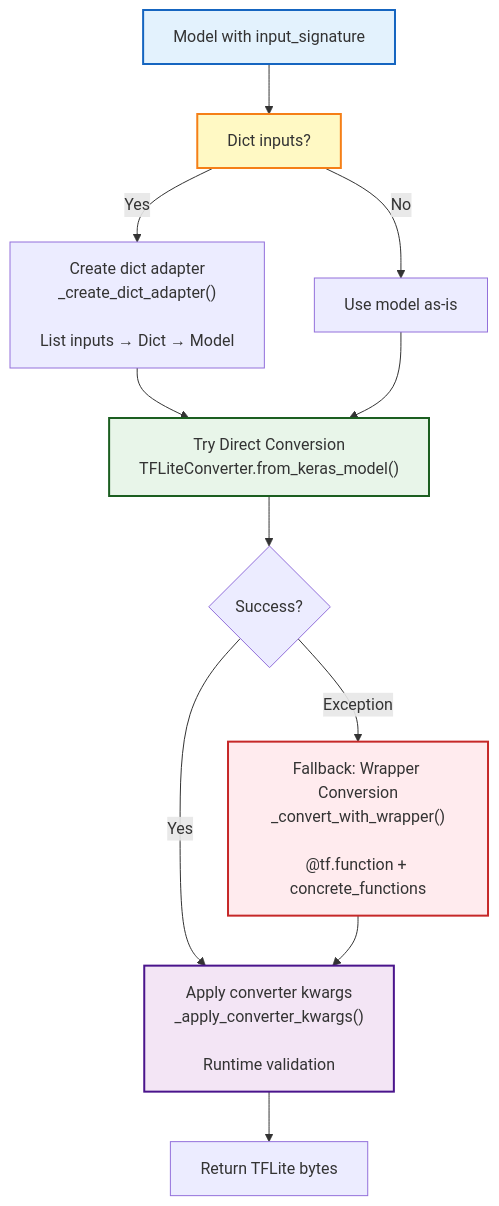
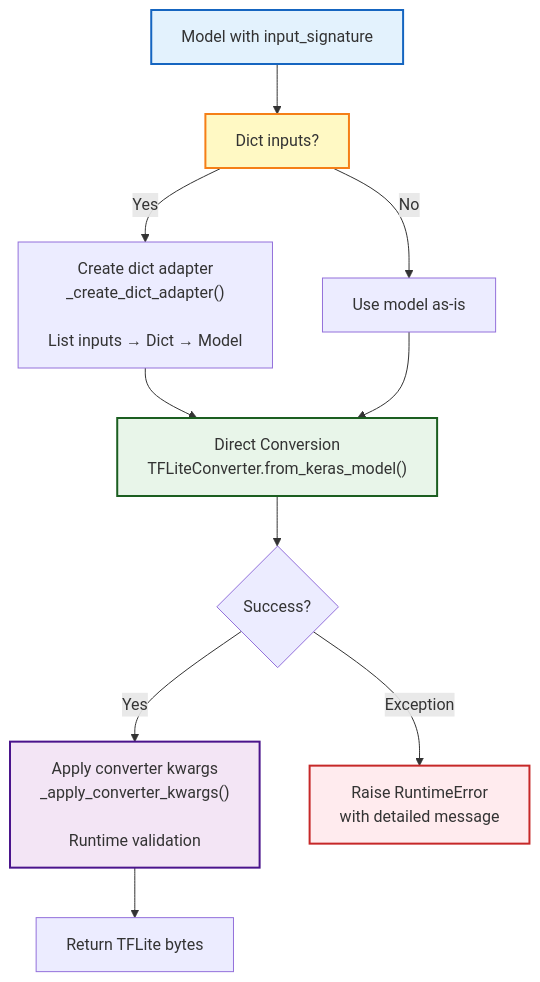
The fourth of 6 diagrams in LiteRT Export design doc reviewed.md (pctablet505/litert-export-docs), drawn with Mermaid before and after one commit. The commit also changed other lines of this file, not shown here.

````diff
--- a/LiteRT Export design doc reviewed.md
+++ b/LiteRT Export design doc reviewed.md
@@ -306,29 +375,28 @@
 ```mermaid
 flowchart TD
     A["Model with input_signature"]
     B["Dict inputs?"]
     C["Create dict adapter<br/>_create_dict_adapter()<br/><br/>List inputs → Dict → Model"]
     D["Use model as-is"]
-    E["Try Direct Conversion<br/>TFLiteConverter.from_keras_model()"]
+    E["Direct Conversion<br/>TFLiteConverter.from_keras_model()"]
     F{Success?}
     G["Apply converter kwargs<br/>_apply_converter_kwargs()<br/><br/>Runtime validation"]
     H["Return TFLite bytes"]
-    I["Fallback: Wrapper Conversion<br/>_convert_with_wrapper()<br/><br/>@tf.function + concrete_functions"]
+    I["Raise RuntimeError<br/>with detailed message"]
     
     A --> B
     B -->|Yes| C
     B -->|No| D
     C --> E
     D --> E
     E --> F
     F -->|Yes| G
     F -->|Exception| I
     G --> H
-    I --> G
     
     style A fill:#e3f2fd,stroke:#1565c0,stroke-width:2px
     style B fill:#fff9c4,stroke:#f57f17,stroke-width:2px
     style E fill:#e8f5e9,stroke:#1b5e20,stroke-width:2px
     style I fill:#ffebee,stroke:#c62828,stroke-width:2px
     style G fill:#f3e5f5,stroke:#4a148c,stroke-width:2px
 ```
````
